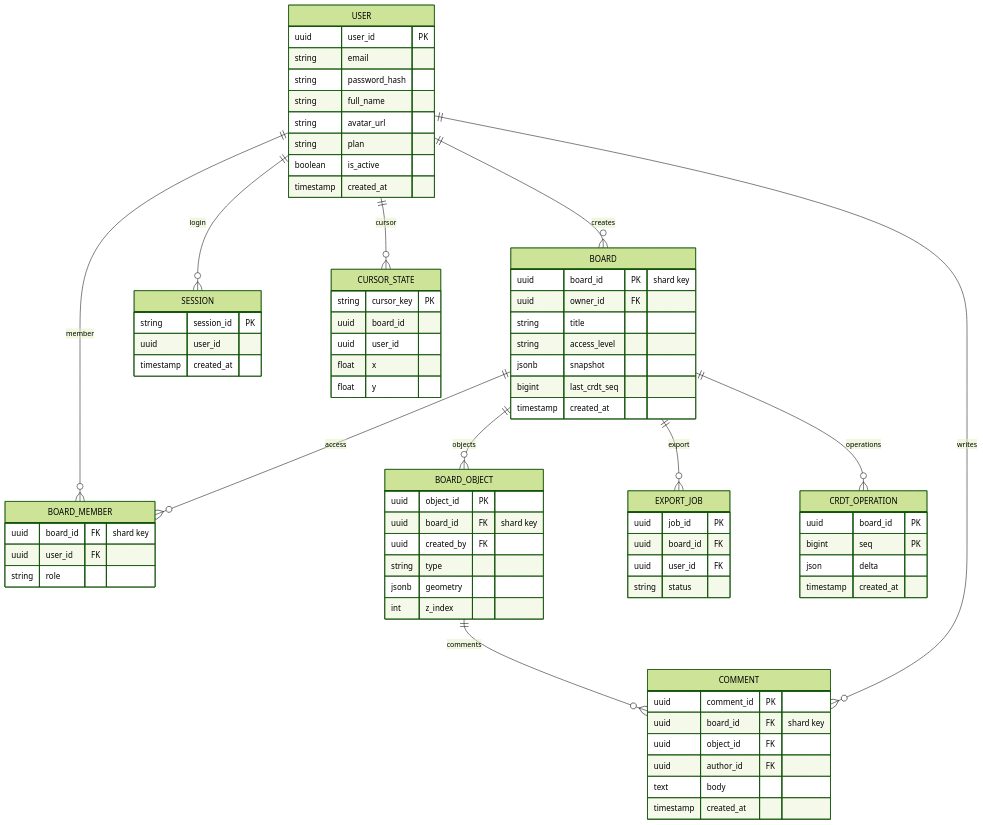
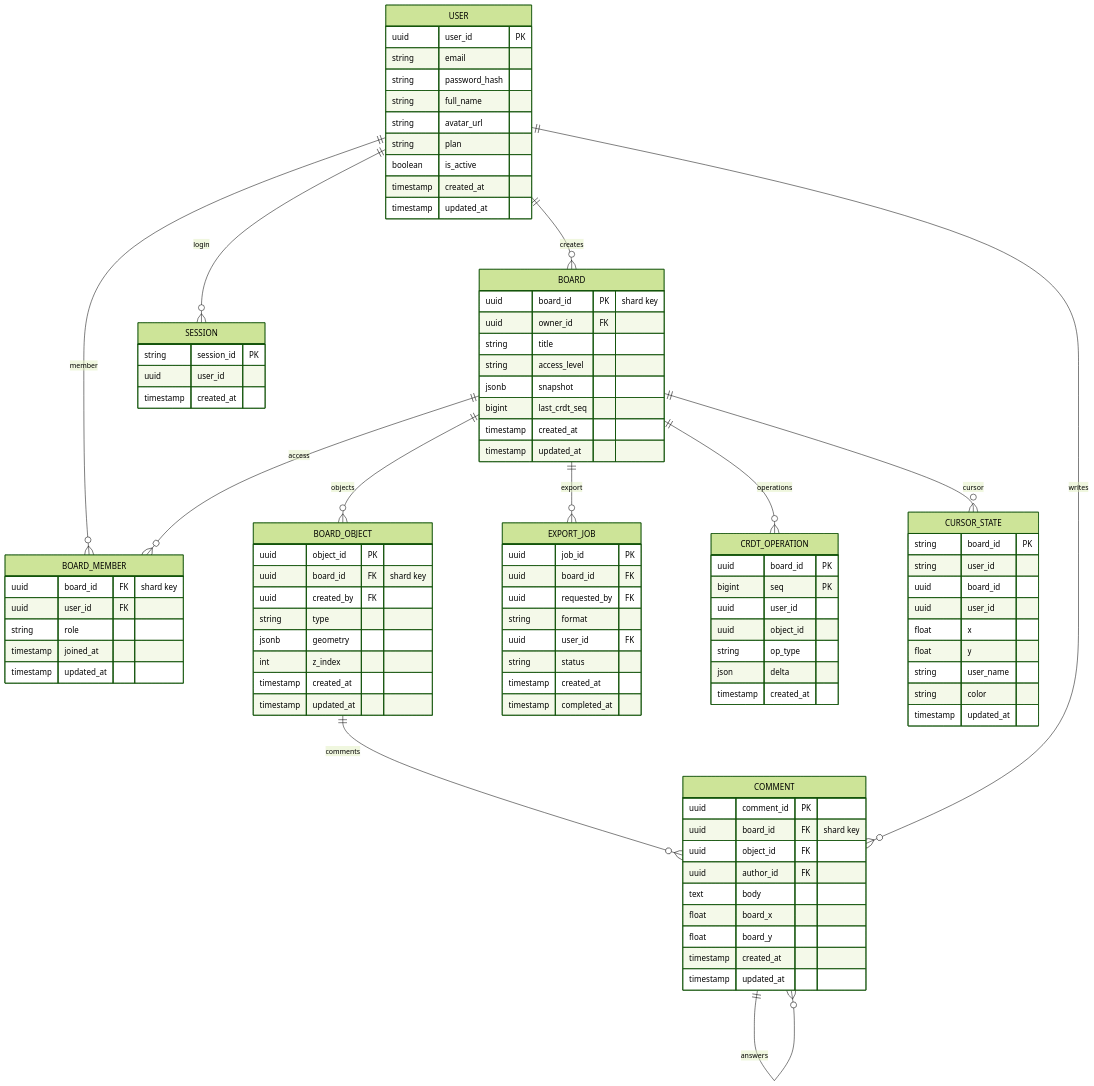
The second of 2 diagrams in README.md (Diwix6/vk_highload), drawn with Mermaid (forest theme) before and after one commit. The commit also changed other lines of this file, not shown here.

````diff
--- a/README.md
+++ b/README.md
@@ -668,6 +668,7 @@
     string plan
     boolean is_active
     timestamp created_at
+    timestamp updated_at
 }
 
 BOARD {
@@ -678,12 +679,15 @@
     jsonb snapshot
     bigint last_crdt_seq
     timestamp created_at
+    timestamp updated_at
 }
 
 BOARD_MEMBER {
     uuid board_id FK "shard key"
     uuid user_id FK
     string role
+    timestamp joined_at
+    timestamp updated_at
 }
 
 BOARD_OBJECT {
@@ -693,6 +697,8 @@
     string type
     jsonb geometry
     int z_index
+    timestamp created_at
+    timestamp updated_at
 }
 
 COMMENT {
@@ -701,14 +707,21 @@
     uuid object_id FK
     uuid author_id FK
     text body
+    float   board_x
+    float   board_y
     timestamp created_at
+    timestamp updated_at
 }
 
 EXPORT_JOB {
     uuid job_id PK
     uuid board_id FK
+    uuid requested_by FK
+    string format
     uuid user_id FK
     string status
+    timestamp created_at
+    timestamp completed_at
 }
 
 %% ───────── Cassandra ─────────
@@ -716,6 +729,9 @@
 CRDT_OPERATION {
     uuid board_id PK
     bigint seq PK
+    uuid user_id
+    uuid object_id
+    string op_type
     json delta
     timestamp created_at
 }
@@ -729,11 +745,15 @@
 }
 
 CURSOR_STATE {
-    string cursor_key PK
+    string board_id PK
+    string user_id
     uuid board_id
     uuid user_id
     float x
     float y
+    string user_name
+    string color
+    timestamp updated_at
 }
 
 %% ───────── Связи ─────────
@@ -744,8 +764,9 @@
 BOARD ||--o{ BOARD_OBJECT : objects
 BOARD_OBJECT ||--o{ COMMENT : comments
 USER ||--o{ COMMENT : writes
+COMMENT ||--o{ COMMENT : answers
 BOARD ||--o{ EXPORT_JOB : export
 BOARD ||--o{ CRDT_OPERATION : operations
 USER ||--o{ SESSION : login
-USER ||--o{ CURSOR_STATE : cursor
+BOARD ||--o{ CURSOR_STATE : cursor
 ```
````
